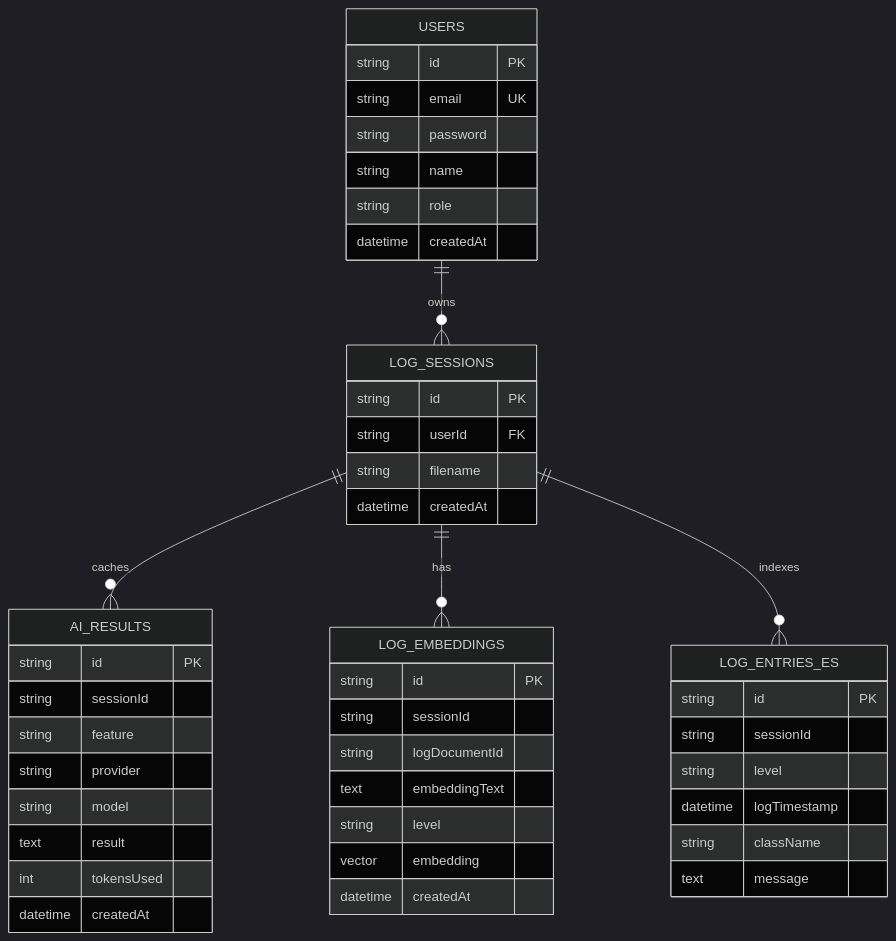
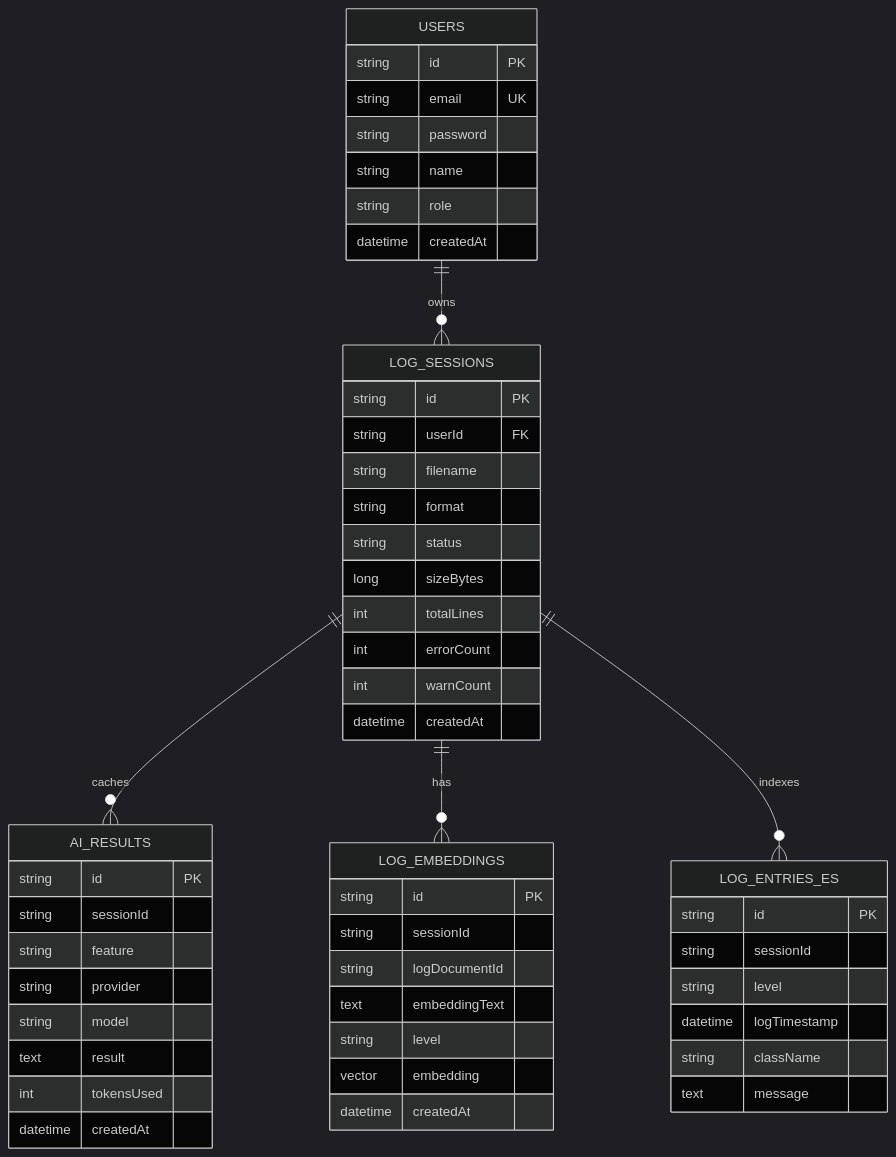
Diagram 12 of 12 in README.md (Ashutosh730/parser), drawn with Mermaid (dark theme) before and after one commit. The commit also changed other lines of this file, not shown here.

Commit message:
Update README.md to enhance documentation for log ingestion, AI features, and system architecture

````diff
--- a/README.md
+++ b/README.md
@@ -440,53 +660,59 @@
 ```mermaid
 erDiagram
     USERS {
         string id PK
         string email UK
         string password
         string name
         string role
         datetime createdAt
     }
 
     LOG_SESSIONS {
         string id PK
         string userId FK
         string filename
+        string format
+        string status
+        long sizeBytes
+        int totalLines
+        int errorCount
+        int warnCount
         datetime createdAt
     }
 
     AI_RESULTS {
         string id PK
         string sessionId
         string feature
         string provider
         string model
         text result
         int tokensUsed
         datetime createdAt
     }
 
     LOG_EMBEDDINGS {
         string id PK
         string sessionId
         string logDocumentId
         text embeddingText
         string level
         vector embedding
         datetime createdAt
     }
 
     LOG_ENTRIES_ES {
         string id PK
         string sessionId
         string level
         datetime logTimestamp
         string className
         text message
     }
 
     USERS ||--o{ LOG_SESSIONS : owns
     LOG_SESSIONS ||--o{ AI_RESULTS : caches
     LOG_SESSIONS ||--o{ LOG_EMBEDDINGS : has
     LOG_SESSIONS ||--o{ LOG_ENTRIES_ES : indexes
 ```
````
